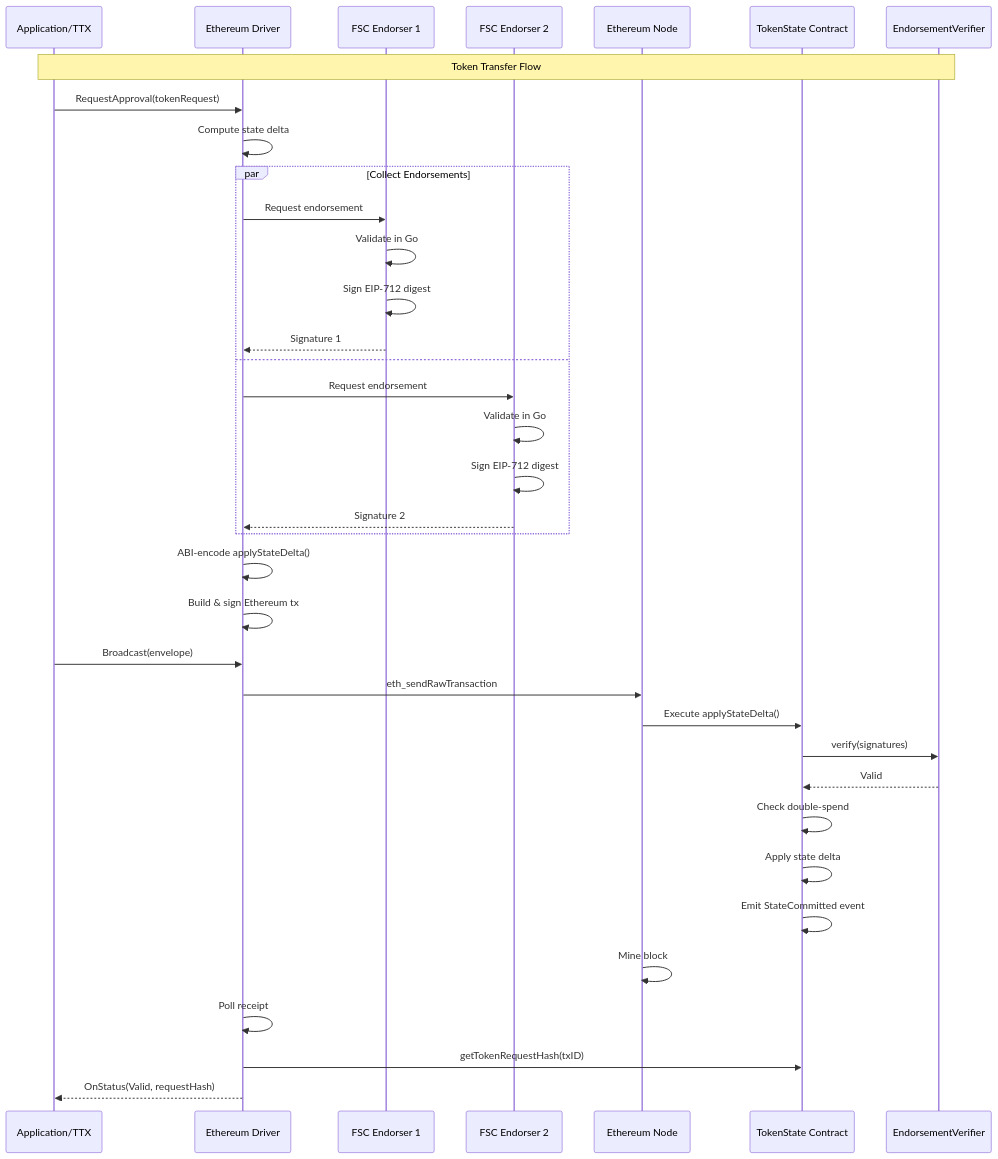
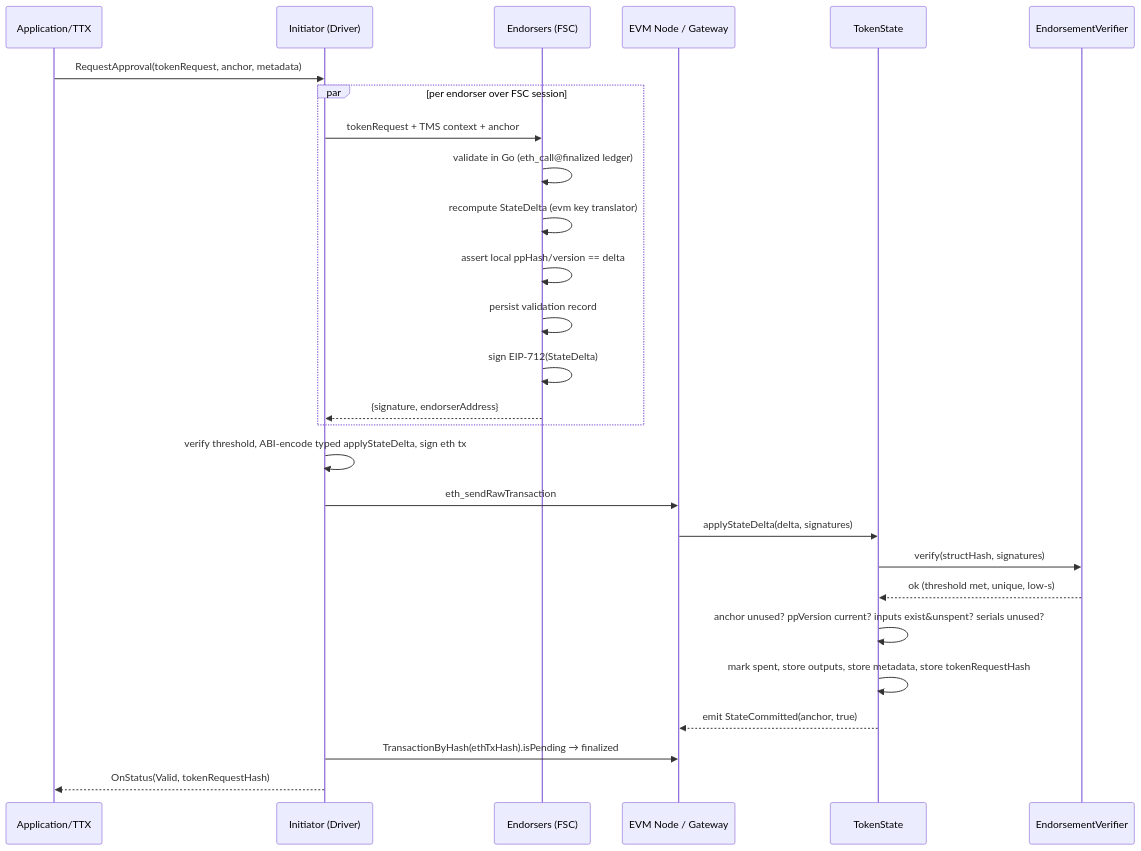
The diagram in x/token/services/network/evm/eth_network_driver_design.md (atharrva01/fabric-token-sdk), drawn with Mermaid before and after one commit. The commit also changed other lines of this file and 26 other files, not shown here.

Commit message:
feat(evm): week 2 contracts (EIP-712 + EndorsementVerifier) (#1879)

````diff
--- a/x/token/services/network/evm/eth_network_driver_design.md
+++ b/x/token/services/network/evm/eth_network_driver_design.md
@@ -67,44 +92,30 @@
 ```mermaid
 sequenceDiagram
     participant App as Application/TTX
-    participant Driver as Ethereum Driver
-    participant E1 as FSC Endorser 1
-    participant E2 as FSC Endorser 2
-    participant Node as Ethereum Node
-    participant Contract as TokenState Contract
-    participant Verifier as EndorsementVerifier
+    participant I as Initiator (Driver)
+    participant E as Endorsers (FSC)
+    participant N as EVM Node / Gateway
+    participant TS as TokenState
+    participant EV as EndorsementVerifier
 
-    Note over App,Verifier: Token Transfer Flow
-    
-    App->>Driver: RequestApproval(tokenRequest)
-    Driver->>Driver: Compute state delta
-    
-    par Collect Endorsements
-        Driver->>E1: Request endorsement
-        E1->>E1: Validate in Go
-        E1->>E1: Sign EIP-712 digest
-        E1-->>Driver: Signature 1
-    and
-        Driver->>E2: Request endorsement
-        E2->>E2: Validate in Go
-        E2->>E2: Sign EIP-712 digest
-        E2-->>Driver: Signature 2
+    App->>I: RequestApproval(tokenRequest, anchor, metadata)
+    par per endorser over FSC session
+        I->>E: tokenRequest + TMS context + anchor
+        E->>E: validate in Go (eth_call@finalized ledger)
+        E->>E: recompute StateDelta (evm key translator)
+        E->>E: assert local ppHash/version == delta
+        E->>E: persist validation record
+        E->>E: sign EIP-712(StateDelta)
+        E-->>I: {signature, endorserAddress}
     end
-    
-    Driver->>Driver: ABI-encode applyStateDelta()
-    Driver->>Driver: Build & sign Ethereum tx
-    
-    App->>Driver: Broadcast(envelope)
-    Driver->>Node: eth_sendRawTransaction
-    Node->>Contract: Execute applyStateDelta()
-    Contract->>Verifier: verify(signatures)
-    Verifier-->>Contract: Valid
-    Contract->>Contract: Check double-spend
-    Contract->>Contract: Apply state delta
-    Contract->>Contract: Emit StateCommitted event
-    
-    Node->>Node: Mine block
-    Driver->>Driver: Poll receipt
-    Driver->>Contract: getTokenRequestHash(txID)
-    Driver-->>App: OnStatus(Valid, requestHash)
+    I->>I: verify threshold, ABI-encode typed applyStateDelta, sign eth tx
+    I->>N: eth_sendRawTransaction
+    N->>TS: applyStateDelta(delta, signatures)
+    TS->>EV: verify(structHash, signatures)
+    EV-->>TS: ok (threshold met, unique, low-s)
+    TS->>TS: anchor unused? ppVersion current? inputs exist&unspent? serials unused?
+    TS->>TS: mark spent, store outputs, store metadata, store tokenRequestHash
+    TS-->>N: emit StateCommitted(anchor, true)
+    I->>N: TransactionByHash(ethTxHash).isPending → finalized
+    I-->>App: OnStatus(Valid, tokenRequestHash)
 ```
````
